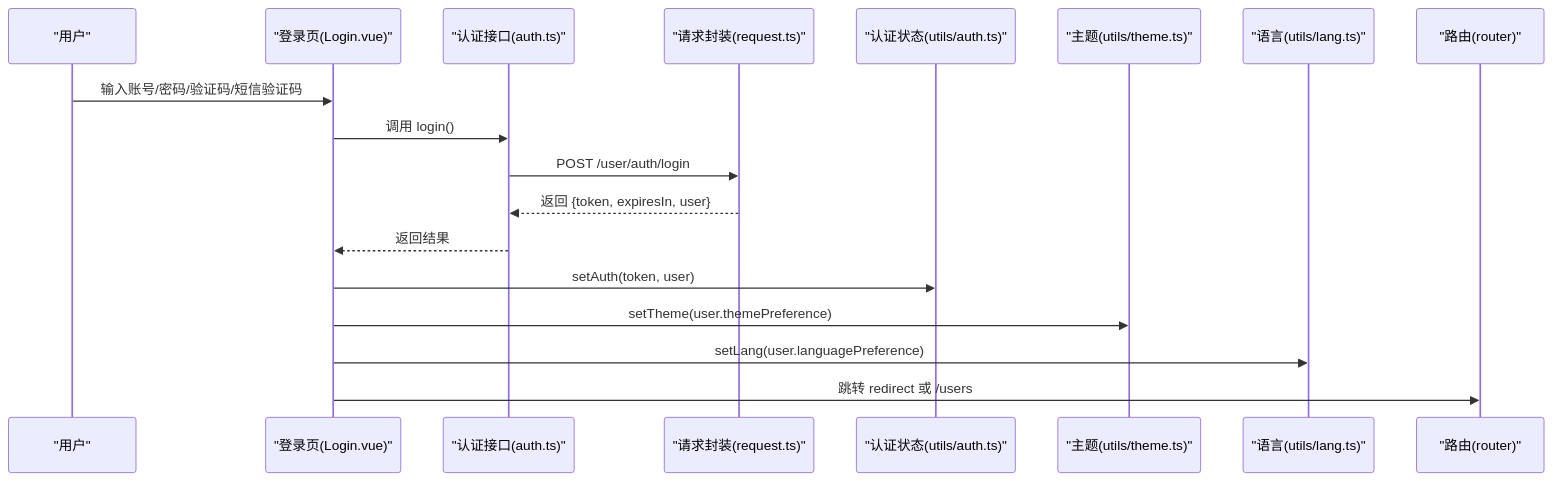
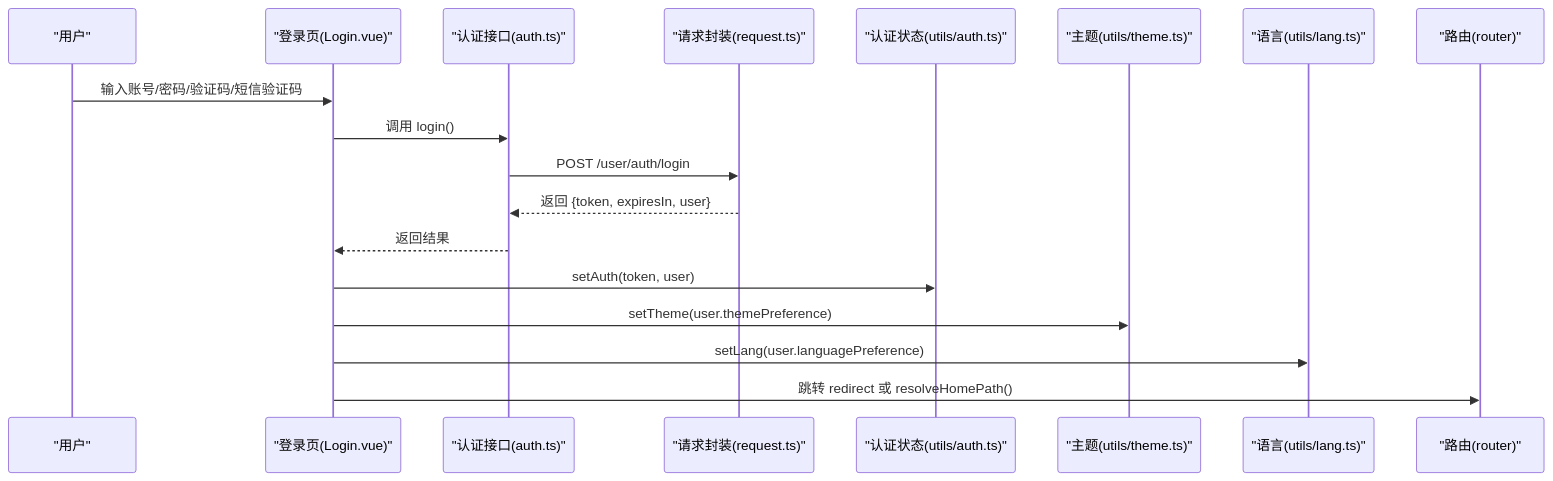
One commit to haohailiang/qoder-fullstack changed the fourth of 13 diagrams in .qoder/repowiki/zh/content/前端架构设计/主应用(base-app).md. Above: the diagram before and after it, drawn with Mermaid. The commit also changed other lines of this file and 33 other files, not shown here.

````diff
--- a/.qoder/repowiki/zh/content/前端架构设计/主应用(base-app).md
+++ b/.qoder/repowiki/zh/content/前端架构设计/主应用(base-app).md
@@ -216,20 +240,20 @@
 ```mermaid
 sequenceDiagram
 participant U as "用户"
 participant L as "登录页(Login.vue)"
 participant A as "认证接口(auth.ts)"
 participant R as "请求封装(request.ts)"
 participant S as "认证状态(utils/auth.ts)"
 participant T as "主题(utils/theme.ts)"
 participant G as "语言(utils/lang.ts)"
 participant RT as "路由(router)"
 U->>L : 输入账号/密码/验证码/短信验证码
 L->>A : 调用 login()
 A->>R : POST /user/auth/login
 R-->>A : 返回 {token, expiresIn, user}
 A-->>L : 返回结果
 L->>S : setAuth(token, user)
 L->>T : setTheme(user.themePreference)
 L->>G : setLang(user.languagePreference)
-L->>RT : 跳转 redirect 或 /users
+L->>RT : 跳转 redirect 或 resolveHomePath()
 ```
````
